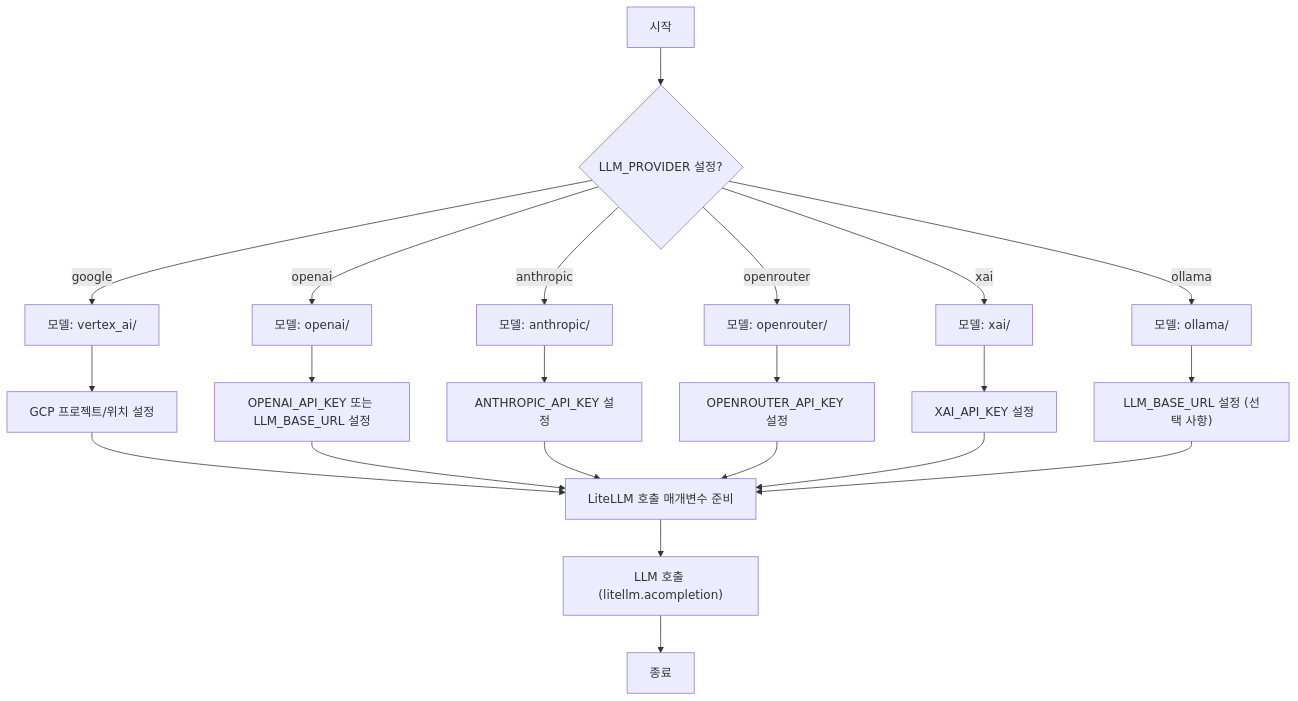
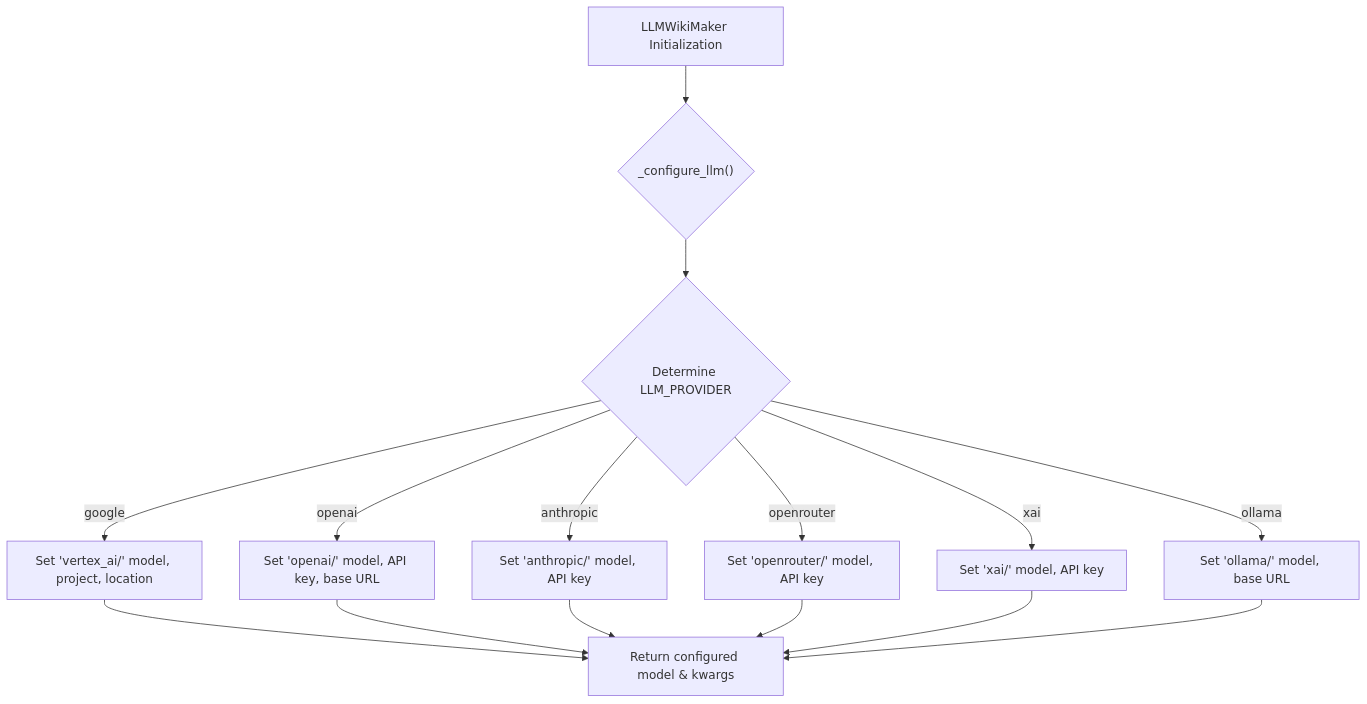
One commit to catuscio/wiki-as-readme changed the fourth of 19 diagrams in examples/wiki_as_README.md. Above: the diagram before and after it, drawn with Mermaid. The commit also changed other lines of this file, not shown here.

````diff
--- a/examples/wiki_as_README.md
+++ b/examples/wiki_as_README.md
@@ -449,24 +423,12 @@
 ```mermaid
-graph TD
-    A["시작"] --> B{"LLM_PROVIDER 설정?"}
-    B -- "google" --> C["모델: vertex_ai/"]
-    B -- "openai" --> D["모델: openai/"]
-    B -- "anthropic" --> E["모델: anthropic/"]
-    B -- "openrouter" --> F["모델: openrouter/"]
-    B -- "xai" --> G["모델: xai/"]
-    B -- "ollama" --> H["모델: ollama/"]
-    C --> I["GCP 프로젝트/위치 설정"]
-    D --> J["OPENAI_API_KEY 또는 LLM_BASE_URL 설정"]
-    E --> K["ANTHROPIC_API_KEY 설정"]
-    F --> L["OPENROUTER_API_KEY 설정"]
-    G --> M["XAI_API_KEY 설정"]
-    H --> N["LLM_BASE_URL 설정 (선택 사항)"]
-    I --> O["LiteLLM 호출 매개변수 준비"]
-    J --> O
-    K --> O
-    L --> O
-    M --> O
-    N --> O
-    O --> P["LLM 호출 (litellm.acompletion)"]
-    P --> Q["종료"]
+flowchart TD
+    A["LLMWikiMaker Initialization"] --> B{"_configure_llm()"};
+    B --> C{"Determine LLM_PROVIDER"};
+    C -- "google" --> D["Set 'vertex_ai/' model, project, location"];
+    C -- "openai" --> E["Set 'openai/' model, API key, base URL"];
+    C -- "anthropic" --> F["Set 'anthropic/' model, API key"];
+    C -- "openrouter" --> G["Set 'openrouter/' model, API key"];
+    C -- "xai" --> H["Set 'xai/' model, API key"];
+    C -- "ollama" --> I["Set 'ollama/' model, base URL"];
+    D & E & F & G & H & I --> J["Return configured model & kwargs"];
 ```
````
